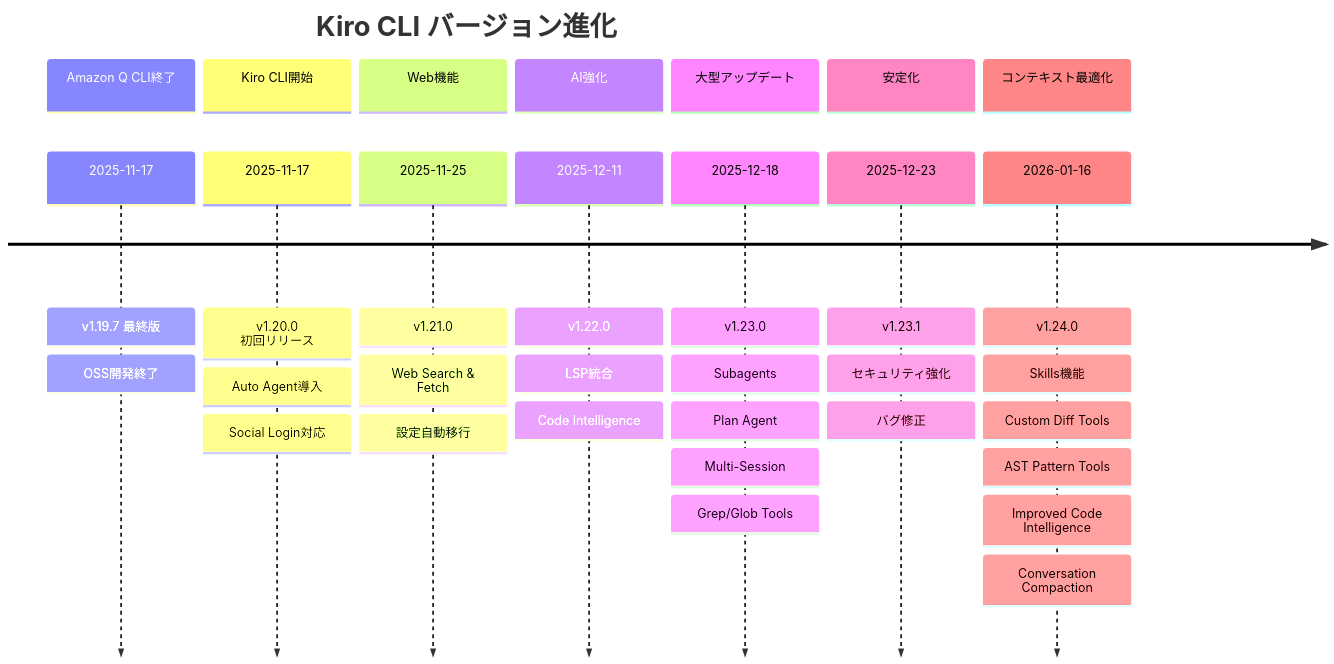
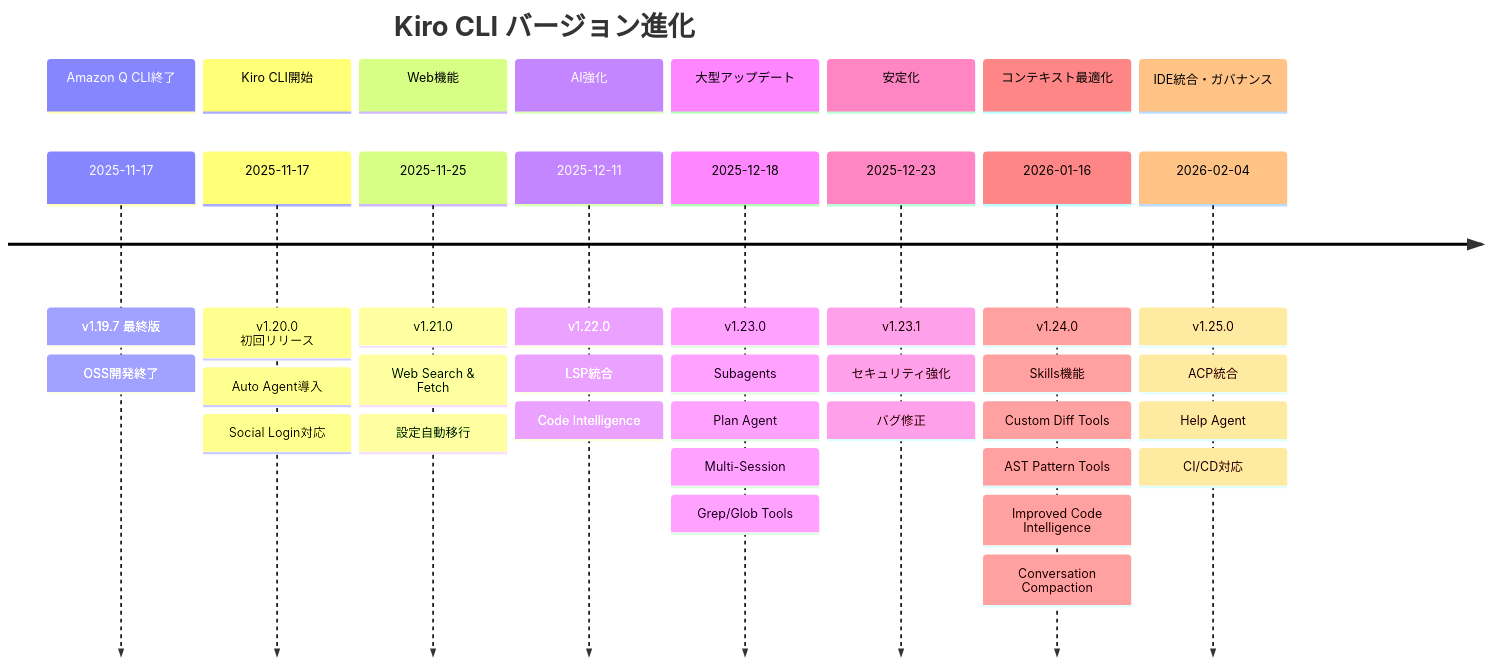
Before and after one commit to kamogashira-sys/q-cli-docs: the diagram in kiro-docs/02_update/README.md, drawn with Mermaid. The commit also changed other lines of this file and 9 other files, not shown here.

````diff
--- a/kiro-docs/02_update/README.md
+++ b/kiro-docs/02_update/README.md
@@ -38,43 +39,49 @@
 ```mermaid
 timeline
     title Kiro CLI バージョン進化
     
     section Amazon Q CLI終了
         2025-11-17 : v1.19.7 最終版
                    : OSS開発終了
     
     section Kiro CLI開始
         2025-11-17 : v1.20.0 初回リリース
                    : Auto Agent導入
                    : Social Login対応
     
     section Web機能
         2025-11-25 : v1.21.0
                    : Web Search & Fetch
                    : 設定自動移行
     
     section AI強化
         2025-12-11 : v1.22.0
                    : LSP統合
                    : Code Intelligence
     
     section 大型アップデート
         2025-12-18 : v1.23.0
                    : Subagents
                    : Plan Agent
                    : Multi-Session
                    : Grep/Glob Tools
     
     section 安定化
         2025-12-23 : v1.23.1
                    : セキュリティ強化
                    : バグ修正
     
     section コンテキスト最適化
         2026-01-16 : v1.24.0
                    : Skills機能
                    : Custom Diff Tools
                    : AST Pattern Tools
                    : Improved Code Intelligence
                    : Conversation Compaction
+    
+    section IDE統合・ガバナンス
+        2026-02-04 : v1.25.0
+                   : ACP統合
+                   : Help Agent
+                   : CI/CD対応
 ```
````
